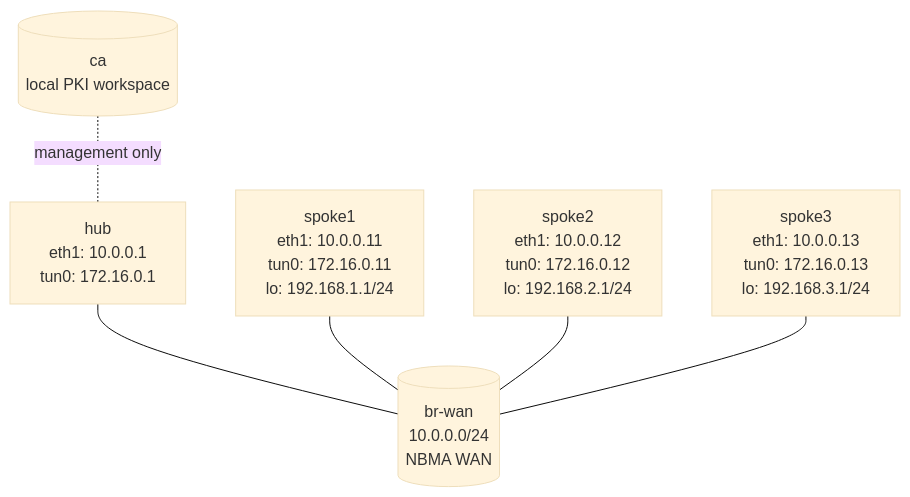
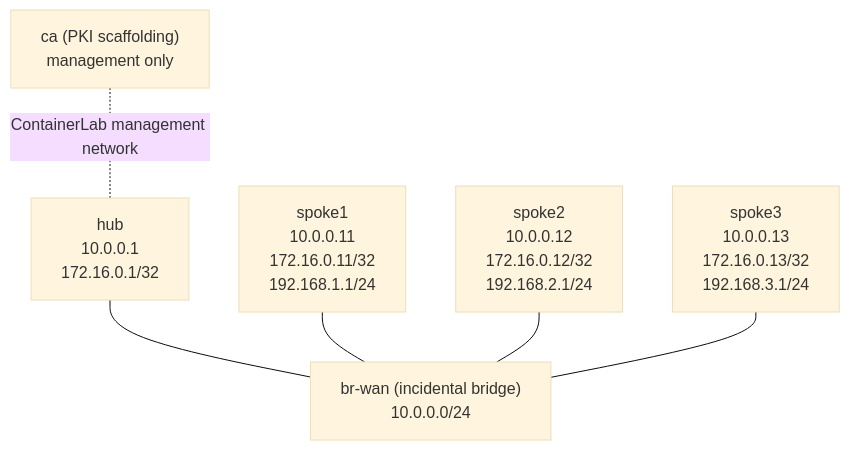
One commit to jschless/networkingLabs changed the diagram in labs/dmvpn-phase3-ipsec-capstone/README.md. Above: the diagram before and after it, drawn with Mermaid (base theme). The commit also changed other lines of this file and 281 other files, not shown here.

````diff
--- a/labs/dmvpn-phase3-ipsec-capstone/README.md
+++ b/labs/dmvpn-phase3-ipsec-capstone/README.md
@@ -27,15 +27,15 @@
 ```mermaid
 flowchart TB
-    ca[("ca<br/>local PKI workspace")]
-    brwan[("br-wan<br/>10.0.0.0/24<br/>NBMA WAN")]
-    hub["hub<br/>eth1: 10.0.0.1<br/>tun0: 172.16.0.1"]
-    spoke1["spoke1<br/>eth1: 10.0.0.11<br/>tun0: 172.16.0.11<br/>lo: 192.168.1.1/24"]
-    spoke2["spoke2<br/>eth1: 10.0.0.12<br/>tun0: 172.16.0.12<br/>lo: 192.168.2.1/24"]
-    spoke3["spoke3<br/>eth1: 10.0.0.13<br/>tun0: 172.16.0.13<br/>lo: 192.168.3.1/24"]
+    ca["ca (PKI scaffolding)<br/>management only"]
+    wan["br-wan (incidental bridge)<br/>10.0.0.0/24"]
+    hub["hub<br/>10.0.0.1<br/>172.16.0.1/32"]
+    s1["spoke1<br/>10.0.0.11<br/>172.16.0.11/32<br/>192.168.1.1/24"]
+    s2["spoke2<br/>10.0.0.12<br/>172.16.0.12/32<br/>192.168.2.1/24"]
+    s3["spoke3<br/>10.0.0.13<br/>172.16.0.13/32<br/>192.168.3.1/24"]
 
-    hub --- brwan
-    spoke1 --- brwan
-    spoke2 --- brwan
-    spoke3 --- brwan
-    ca -. management only .- hub
+    hub --- wan
+    s1 --- wan
+    s2 --- wan
+    s3 --- wan
+    ca -. "ContainerLab management network" .- hub
 ```
````
